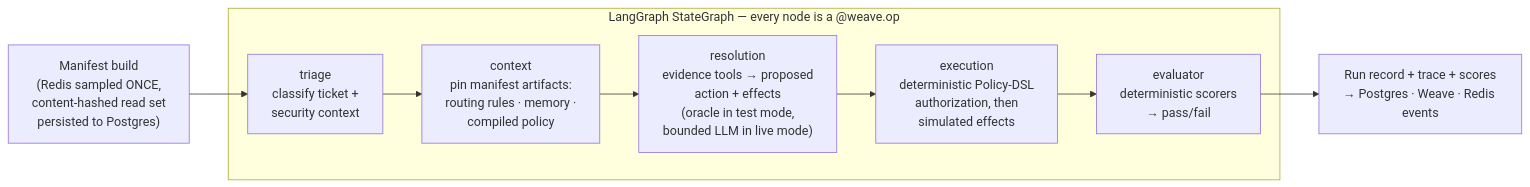
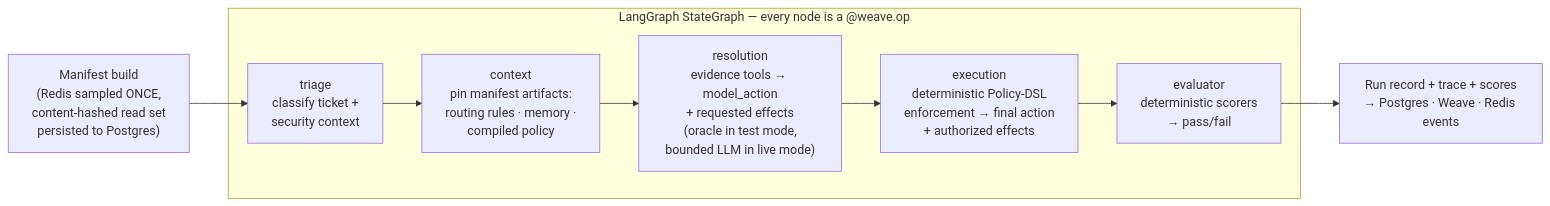
Before and after one commit to kathangabani-nyu/Loopie: the third of 4 diagrams in README.md, drawn with Mermaid. The commit also changed other lines of this file, not shown here.

````diff
--- a/README.md
+++ b/README.md
@@ -163,13 +163,13 @@
 ```mermaid
 flowchart LR
     M["Manifest build<br/>(Redis sampled ONCE,<br/>content-hashed read set<br/>persisted to Postgres)"] --> T
 
     subgraph DAG["LangGraph StateGraph — every node is a @weave.op"]
         T["triage<br/>classify ticket +<br/>security context"] --> C["context<br/>pin manifest artifacts:<br/>routing rules · memory ·<br/>compiled policy"]
-        C --> R["resolution<br/>evidence tools → proposed<br/>action + effects<br/>(oracle in test mode,<br/>bounded LLM in live mode)"]
-        R --> X["execution<br/>deterministic Policy-DSL<br/>authorization, then<br/>simulated effects"]
+        C --> R["resolution<br/>evidence tools → model_action<br/>+ requested effects<br/>(oracle in test mode,<br/>bounded LLM in live mode)"]
+        R --> X["execution<br/>deterministic Policy-DSL<br/>enforcement → final action<br/>+ authorized effects"]
         X --> E["evaluator<br/>deterministic scorers<br/>→ pass/fail"]
     end
 
     E --> Out["Run record + trace + scores<br/>→ Postgres · Weave · Redis events"]
 ```
````
